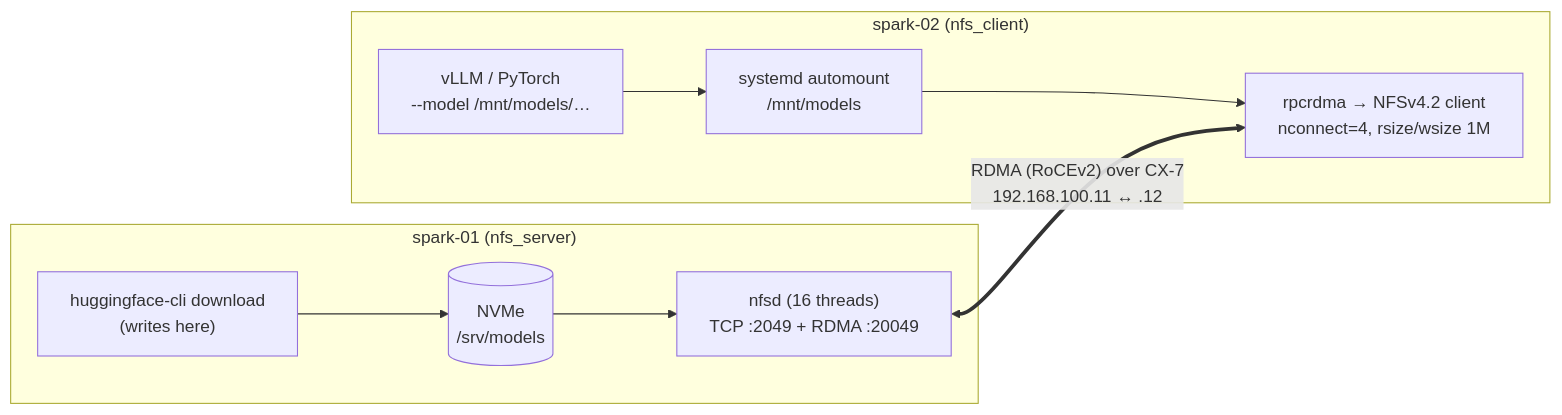
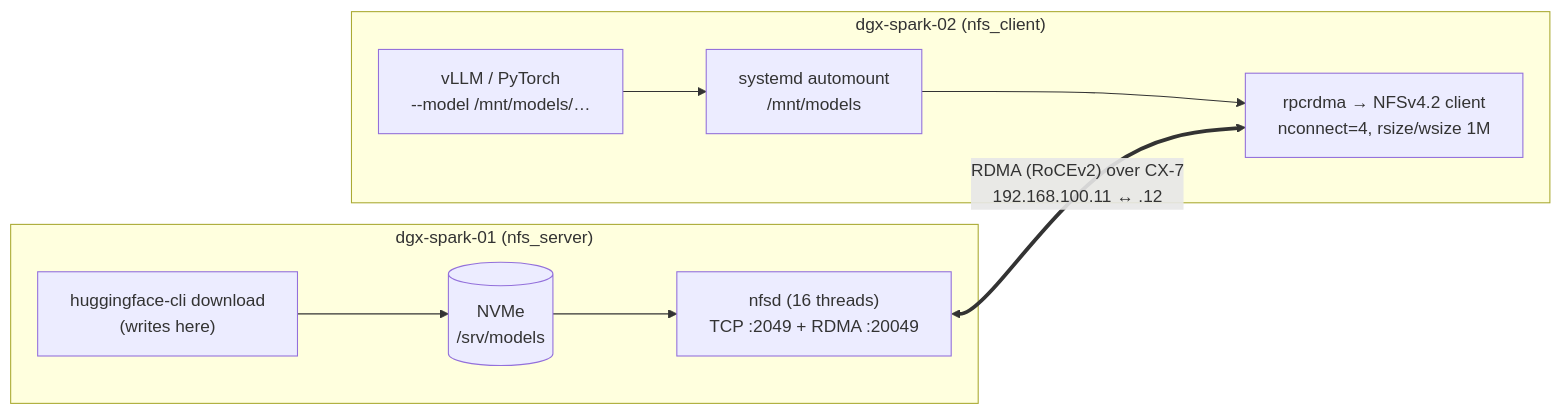
Before and after one commit to cloudone365/technical-depth: the diagram in 01 Ansible/15-parallel-file-system-client-orchestration.md, drawn with Mermaid. The commit also changed other lines of this file and 88 other files, not shown here.

First line of the commit message:
Rename the Spark hosts to dgx-spark-01 / dgx-spark-02

````diff
--- a/01 Ansible/15-parallel-file-system-client-orchestration.md
+++ b/01 Ansible/15-parallel-file-system-client-orchestration.md
@@ -29,12 +29,12 @@
 ```mermaid
 flowchart LR
-  subgraph S1["spark-01 (nfs_server)"]
+  subgraph S1["dgx-spark-01 (nfs_server)"]
     NV1[("NVMe<br/>/srv/models")] --> NFSD["nfsd (16 threads)<br/>TCP :2049 + RDMA :20049"]
     HF1["huggingface-cli download<br/>(writes here)"] --> NV1
   end
-  subgraph S2["spark-02 (nfs_client)"]
+  subgraph S2["dgx-spark-02 (nfs_client)"]
     AM["systemd automount<br/>/mnt/models"] --> RPC["rpcrdma → NFSv4.2 client<br/>nconnect=4, rsize/wsize 1M"]
     APP2["vLLM / PyTorch<br/>--model /mnt/models/…"] --> AM
   end
   NFSD <==>|"RDMA (RoCEv2) over CX-7<br/>192.168.100.11 ↔ .12"| RPC
 ```
````
